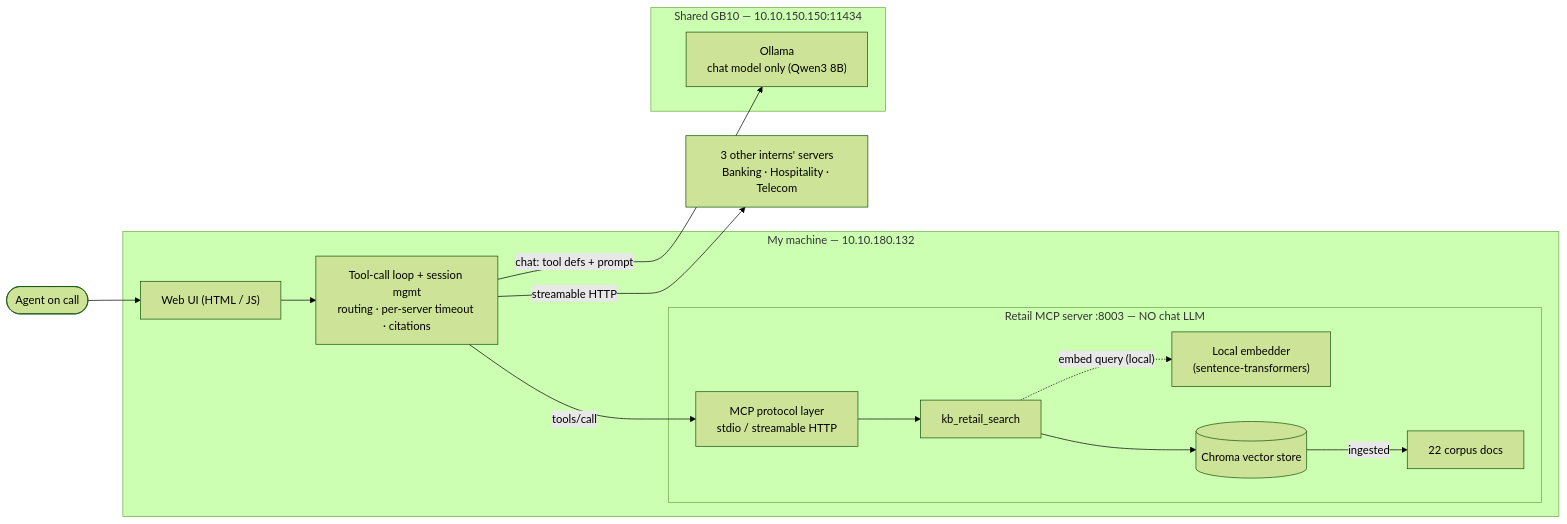
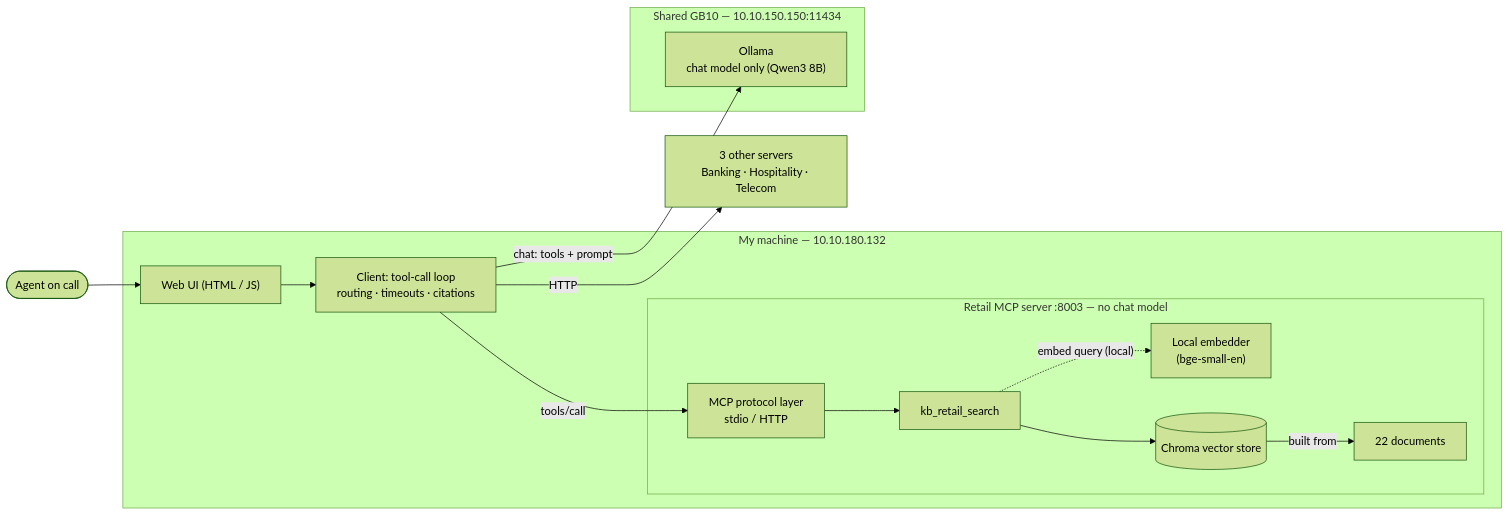
One commit to rishiupadhyaygithub/retail-mcp-chatbot changed the first of 7 diagrams in docs/design_document.md. Above: the diagram before and after it, drawn with Mermaid (forest theme). The commit also changed other lines of this file and 1 other file, not shown here.

Commit message:
docs: rewrite design doc in plain English with diagrams; sync architecture (qwen3:8b chat, bge-small local, 22 docs)

````diff
--- a/docs/design_document.md
+++ b/docs/design_document.md
@@ -37,26 +42,26 @@
 ```mermaid title="Figure 1 — Phase 1 architecture and data flow (retail)"
 flowchart LR
   user(["Agent on call"])
   subgraph host["My machine — 10.10.180.132"]
     ui["Web UI (HTML / JS)"]
-    loop["Tool-call loop + session mgmt<br/>routing · per-server timeout · citations"]
-    subgraph mcp["Retail MCP server :8003 — NO chat LLM"]
-      proto["MCP protocol layer<br/>stdio / streamable HTTP"]
+    loop["Client: tool-call loop<br/>routing · timeouts · citations"]
+    subgraph mcp["Retail MCP server :8003 — no chat model"]
+      proto["MCP protocol layer<br/>stdio / HTTP"]
       search["kb_retail_search"]
-      embed["Local embedder<br/>(sentence-transformers)"]
+      embed["Local embedder<br/>(bge-small-en)"]
       chroma[("Chroma vector store")]
-      docs["22 corpus docs"]
+      docs["22 documents"]
     end
   end
   subgraph gb10["Shared GB10 — 10.10.150.150:11434"]
     ollama["Ollama<br/>chat model only (Qwen3 8B)"]
   end
-  other["3 other interns' servers<br/>Banking · Hospitality · Telecom"]
+  other["3 other servers<br/>Banking · Hospitality · Telecom"]
   user --> ui --> loop
-  loop -- "chat: tool defs + prompt" --> ollama
+  loop -- "chat: tools + prompt" --> ollama
   loop -- "tools/call" --> proto
   proto --> search --> chroma
   search -. "embed query (local)" .-> embed
-  chroma -- "ingested" --> docs
-  loop -- "streamable HTTP" --> other
+  chroma -- "built from" --> docs
+  loop -- "HTTP" --> other
 ```
````
